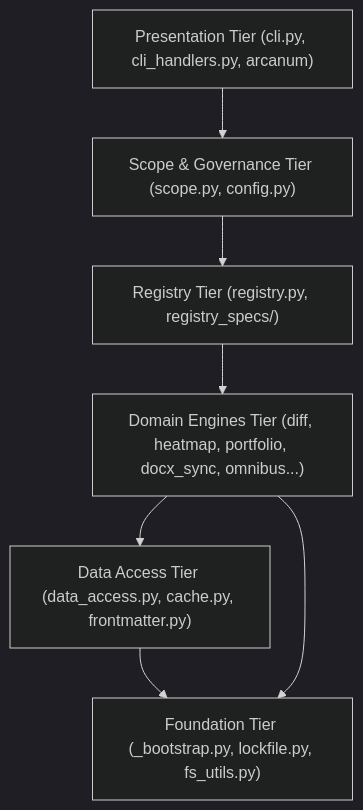
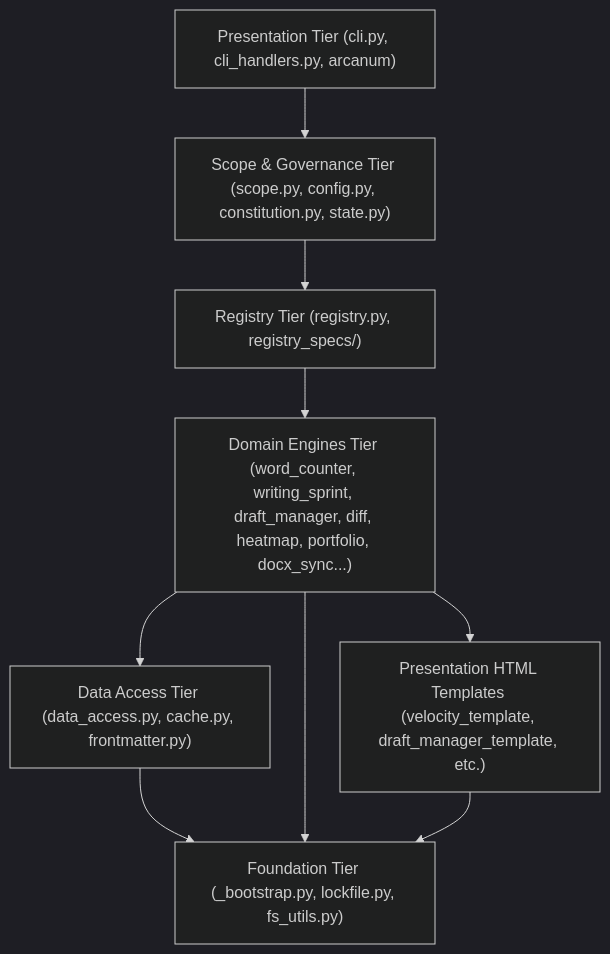
One commit to aryansinghnagar/Ars-Arcanum changed the fourth of 7 diagrams in docs/codebase/ARCHITECTURE.md. Above: the diagram before and after it, drawn with Mermaid (dark theme). The commit also changed other lines of this file and 47 other files, not shown here.

First line of the commit message:
feat: implement Word Counter & Velocity engines and synchronize documentation

````diff
--- a/docs/codebase/ARCHITECTURE.md
+++ b/docs/codebase/ARCHITECTURE.md
@@ -330,16 +350,19 @@
 ```mermaid
 flowchart TD
     Presentation["Presentation Tier (cli.py, cli_handlers.py, arcanum)"]
-    Governance["Scope & Governance Tier (scope.py, config.py)"]
+    Governance["Scope & Governance Tier (scope.py, config.py, constitution.py, state.py)"]
     Registry["Registry Tier (registry.py, registry_specs/)"]
-    Engines["Domain Engines Tier (diff, heatmap, portfolio, docx_sync, omnibus...)"]
+    Engines["Domain Engines Tier (word_counter, writing_sprint, draft_manager, diff, heatmap, portfolio, docx_sync...)"]
+    Templates["Presentation HTML Templates (velocity_template, draft_manager_template, etc.)"]
     DataAccess["Data Access Tier (data_access.py, cache.py, frontmatter.py)"]
     Foundation["Foundation Tier (_bootstrap.py, lockfile.py, fs_utils.py)"]
 
     Presentation --> Governance
     Governance --> Registry
     Registry --> Engines
+    Engines --> Templates
     Engines --> DataAccess
     DataAccess --> Foundation
     Engines --> Foundation
+    Templates --> Foundation
 ```
````
